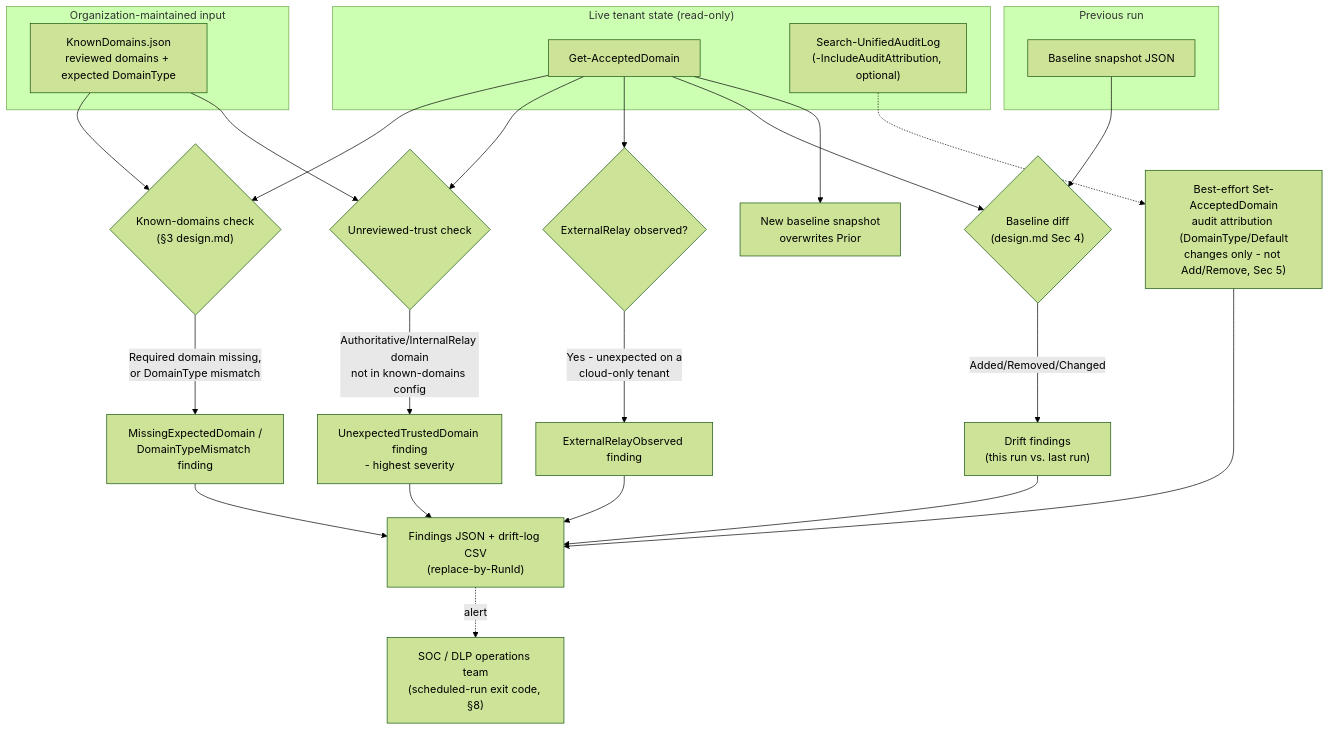
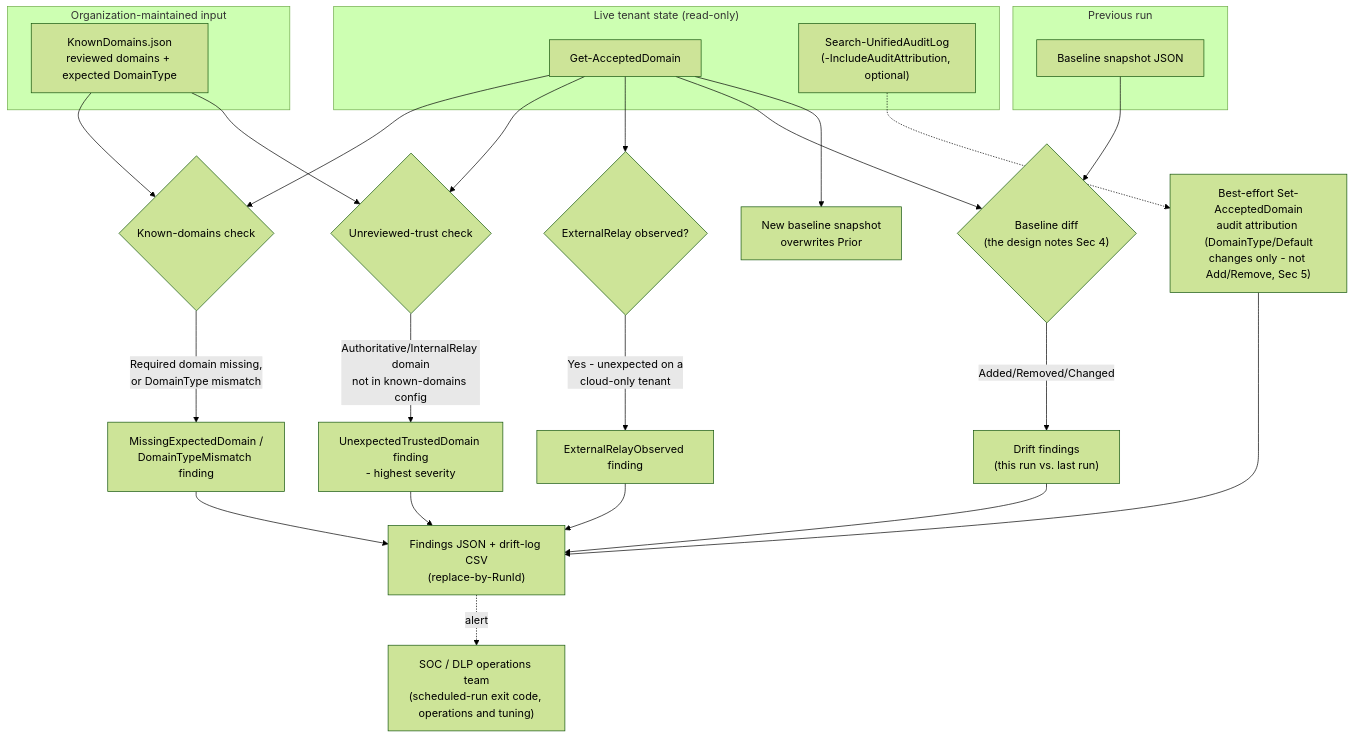
The diagram in src/content/scenarios/dlp/accepted-domains-hygiene-check.md (kpsec1/kpsec1.github.io), drawn with Mermaid (forest theme) before and after one commit. The commit also changed 269 other files, not shown here.

````diff
--- a/src/content/scenarios/dlp/accepted-domains-hygiene-check.md
+++ b/src/content/scenarios/dlp/accepted-domains-hygiene-check.md
@@ -51,34 +51,34 @@
 ```mermaid
 flowchart TD
     subgraph Live["Live tenant state (read-only)"]
         AD[Get-AcceptedDomain]
         UAL["Search-UnifiedAuditLog<br/>(-IncludeAuditAttribution, optional)"]
     end
     subgraph Config["Organization-maintained input"]
         KD[KnownDomains.json<br/>reviewed domains + expected DomainType]
     end
     subgraph Prior["Previous run"]
         BL[Baseline snapshot JSON]
     end
 
-    AD --> C1{"Known-domains check<br/>(§3 design.md)"}
+    AD --> C1{"Known-domains check<br/>"}
     KD --> C1
     C1 -- "Required domain missing,<br/>or DomainType mismatch" --> F1["MissingExpectedDomain /<br/>DomainTypeMismatch finding"]
 
     AD --> C2{"Unreviewed-trust check"}
     KD --> C2
     C2 -- "Authoritative/InternalRelay domain<br/>not in known-domains config" --> F2[UnexpectedTrustedDomain finding<br/>- highest severity]
 
     AD --> C3{ExternalRelay observed?}
     C3 -- "Yes - unexpected on a<br/>cloud-only tenant" --> F3[ExternalRelayObserved finding]
 
-    AD --> C4{"Baseline diff<br/>(design.md Sec 4)"}
+    AD --> C4{"Baseline diff<br/>(the design notes Sec 4)"}
     BL --> C4
     C4 -- Added/Removed/Changed --> F4["Drift findings<br/>(this run vs. last run)"]
 
     UAL -.-> F5["Best-effort Set-AcceptedDomain<br/>audit attribution (DomainType/Default<br/>changes only - not Add/Remove, Sec 5)"]
 
     F1 & F2 & F3 & F4 & F5 --> R["Findings JSON + drift-log CSV<br/>(replace-by-RunId)"]
     AD --> BLNEW[New baseline snapshot<br/>overwrites Prior]
-    R -.alert.-> SOC["SOC / DLP operations team<br/>(scheduled-run exit code, §8)"]
+    R -.alert.-> SOC["SOC / DLP operations team<br/>(scheduled-run exit code, operations and tuning)"]
 ```
````
